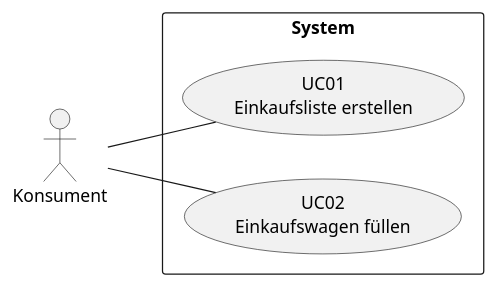
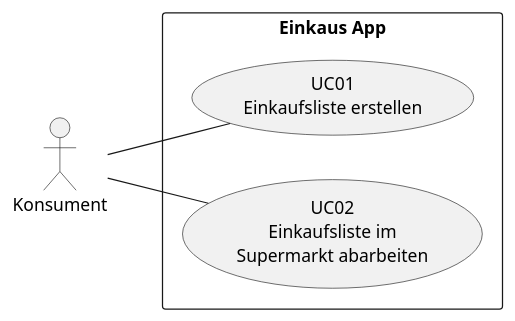
One commit to PhilipStolz/BDD_Einkaufsliste changed the diagram in System/documentation/use_case_map.iuml. Above: the diagram before and after it, drawn with PlantUML. The commit also changed 5 other files, not shown here.

```diff
--- a/System/documentation/use_case_map.iuml
+++ b/System/documentation/use_case_map.iuml
@@ -1,13 +1,13 @@
 @startuml
 left to right direction
 
 :Konsument: as act01
 
-rectangle "System" {
+rectangle "Einkaus App" {
     "UC01\nEinkaufsliste erstellen" as (uc01)
-    "UC02\nEinkaufswagen füllen" as (uc02)
+    "UC02\nEinkaufsliste im\nSupermarkt abarbeiten" as (uc02)
 }
 
 act01 -- (uc01)
 act01 -- (uc02)
 @enduml
```
